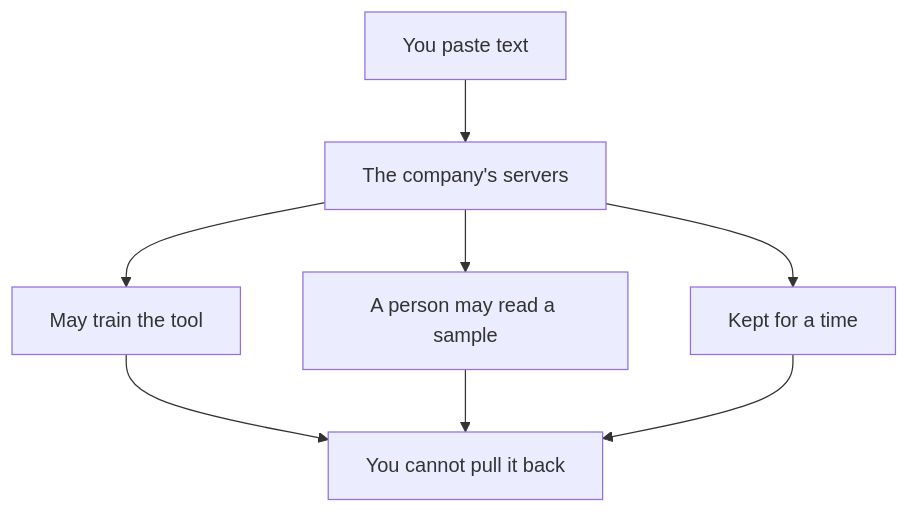
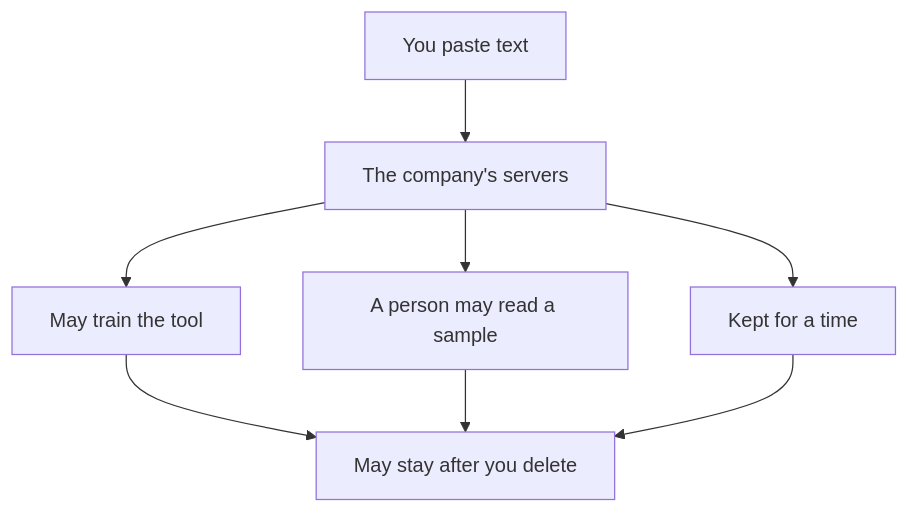
Before and after one commit to Muhammad-AnasKhan/Buildment: the diagram in content/import/build-with-ai/02-your-ai-toolkit/02.02-before-you-paste.md, drawn with Mermaid. The commit also changed other lines of this file and 11 other files, not shown here.

````diff
--- a/content/import/build-with-ai/02-your-ai-toolkit/02.02-before-you-paste.md
+++ b/content/import/build-with-ai/02-your-ai-toolkit/02.02-before-you-paste.md
@@ -24,10 +26,10 @@
 ```mermaid
 flowchart TD
   A["You paste text"] --> B["The company's servers"]
   B --> C["May train the tool"]
   B --> D["A person may read a sample"]
   B --> E["Kept for a time"]
-  C --> F["You cannot pull it back"]
+  C --> F["May stay after you delete"]
   D --> F
   E --> F
 ```
````
